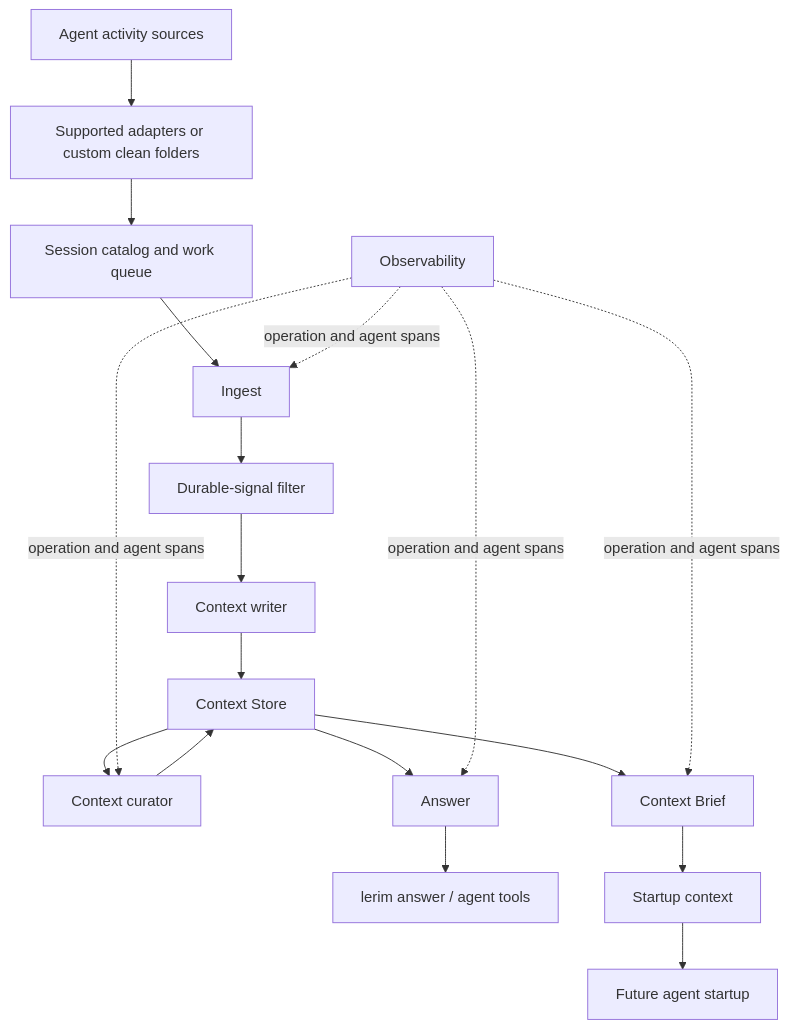
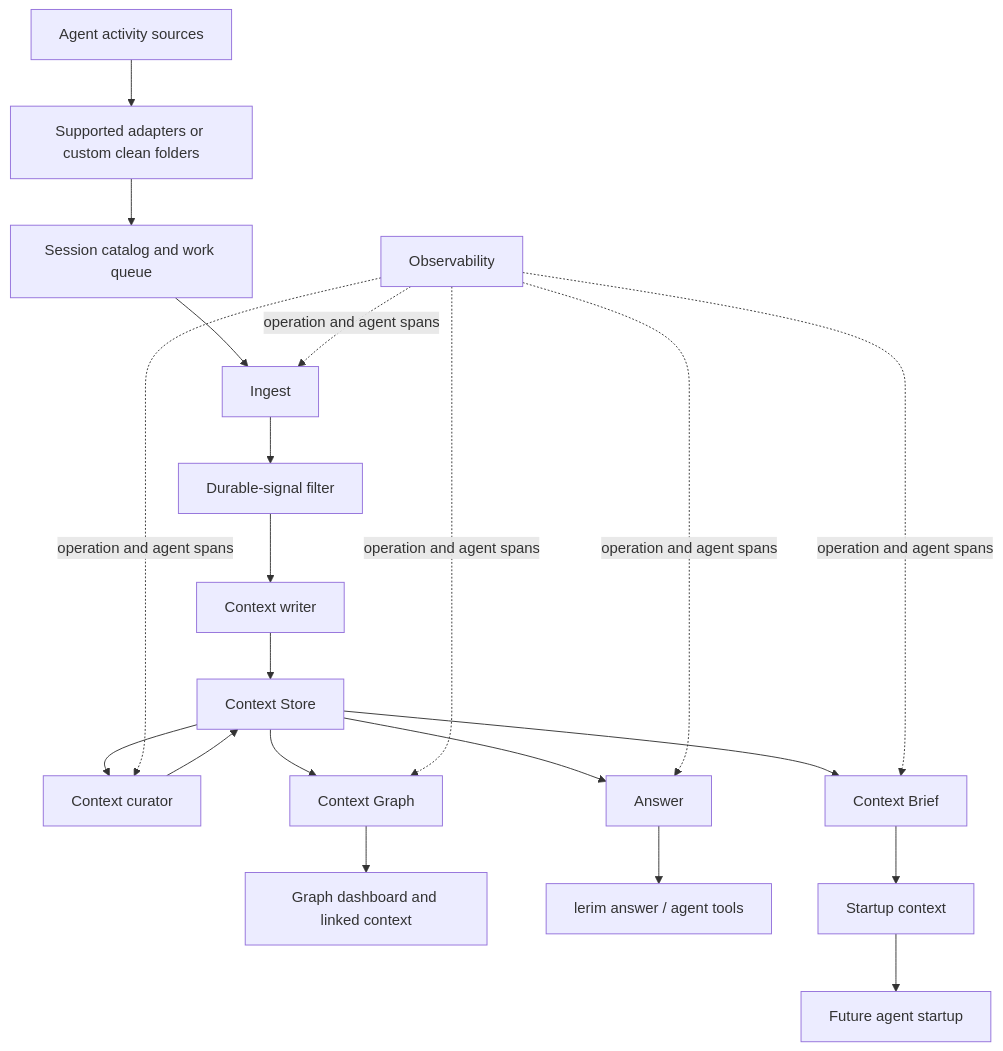
The first of 2 diagrams in docs/concepts/how-it-works.md (lerim-dev/lerim), drawn with Mermaid before and after one commit. The commit also changed other lines of this file and 40 other files, not shown here.

First line of the commit message:
Enhance documentation and introduce context graph functionality

````diff
--- a/docs/concepts/how-it-works.md
+++ b/docs/concepts/how-it-works.md
@@ -26,24 +27,28 @@
 ```mermaid
 flowchart TD
     A["Agent activity sources"] --> B["Supported adapters or custom clean folders"]
     B --> C["Session catalog and work queue"]
     C --> D["Ingest"]
     D --> E["Durable-signal filter"]
     E --> F["Context writer"]
     F --> G["Context Store"]
 
     G --> H["Context curator"]
     H --> G
 
+    G --> O["Context Graph"]
+    O --> P["Graph dashboard and linked context"]
+
     G --> I["Answer"]
     I --> J["lerim answer / agent tools"]
 
     G --> K["Context Brief"]
     K --> L["Startup context"]
     L --> M["Future agent startup"]
 
     N["Observability"] -. "operation and agent spans" .-> D
     N -. "operation and agent spans" .-> H
+    N -. "operation and agent spans" .-> O
     N -. "operation and agent spans" .-> I
     N -. "operation and agent spans" .-> K
 ```
````
